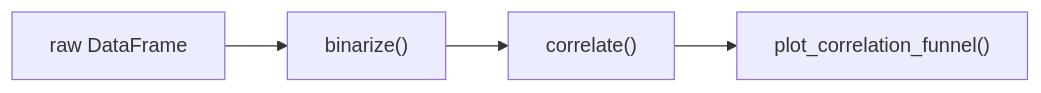
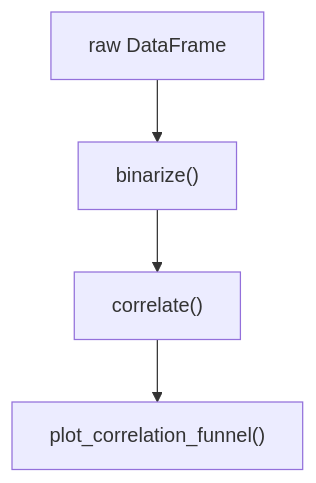
Before and after one commit to RafaelBraga-Kribitz/funnel_correlation_py: the diagram in README.md, drawn with Mermaid.

Commit message:
README: render the architecture diagram top-down so it fits GitHub's column
GitHub renders a Mermaid block in a fixed-width box inside the README column: 783px at
a 1240px viewport, 838px at its widest, 309px on a phone. A wider graph is not clipped,
it is shrunk, and the node labels shrink with it.

Measured with Mermaid 11 at 783px: this diagram is 844px in LR (scale 0.93) and 258px in
TD (full size). Direction is the only change — no node, edge, label or link is touched.

TD is not universally narrower: it runs the flow vertically but lays sibling subgraphs
out side by side, so a graph with several parallel subgraphs can be wider in TD than in
LR. This one was measured both ways.

````diff
--- a/README.md
+++ b/README.md
@@ -17,6 +17,6 @@
 ```mermaid
-flowchart LR
+flowchart TD
   A["raw DataFrame"] --> B["binarize()"]
   B --> C["correlate()"]
   C --> D["plot_correlation_funnel()"]
 ```
````
